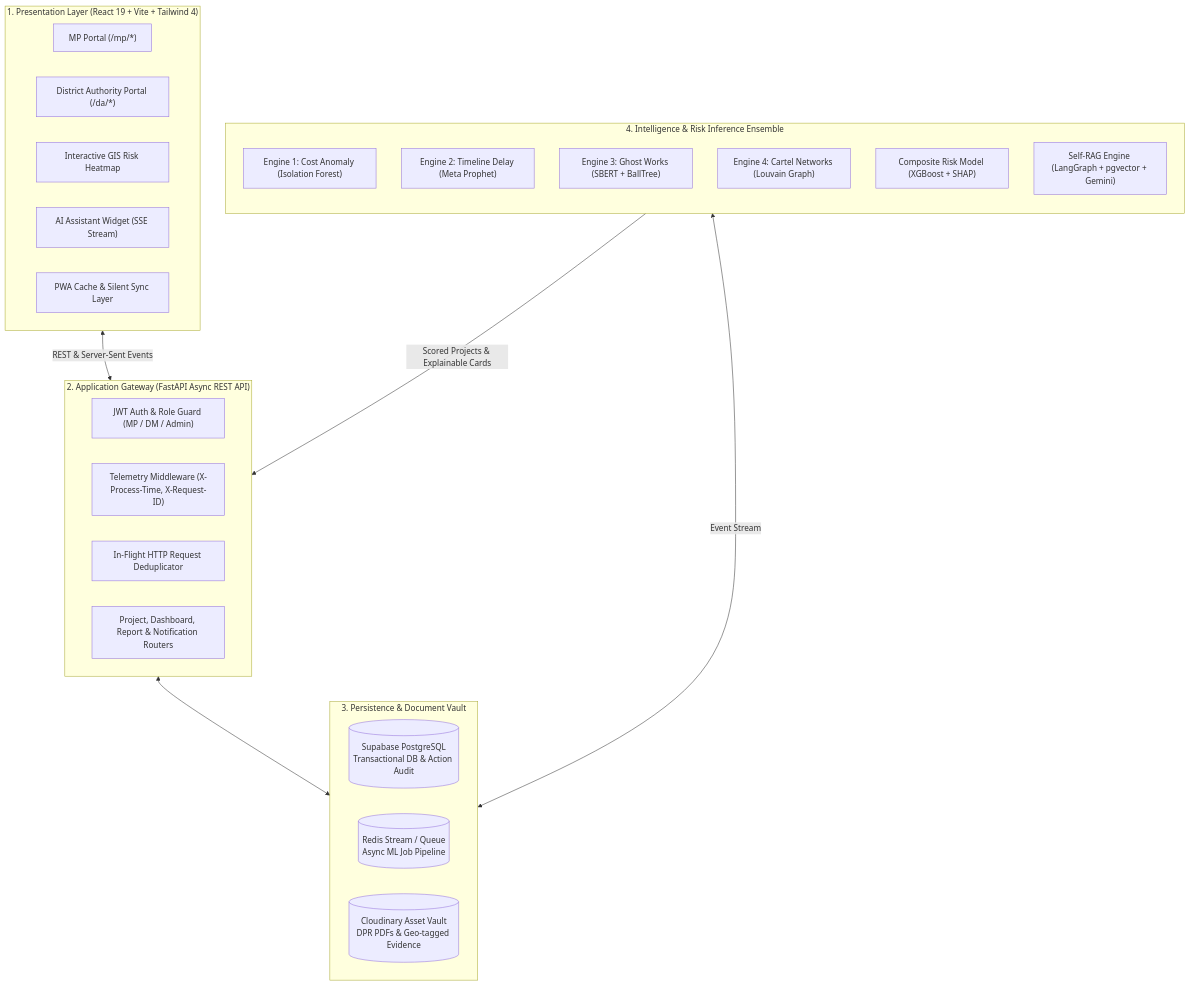
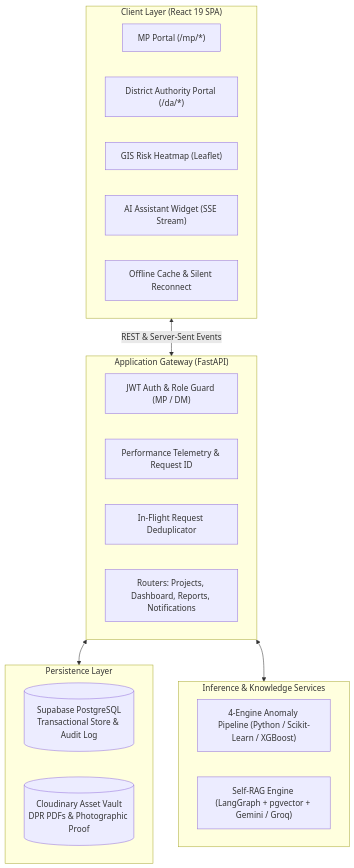
One commit to EvilLucifer00/MPLAD-Risk-Monitor changed the second of 7 diagrams in README.md. Above: the diagram before and after it, drawn with Mermaid. The commit also changed other lines of this file, not shown here.

````diff
--- a/README.md
+++ b/README.md
@@ -122,38 +110,31 @@
 ```mermaid
 flowchart TB
-    subgraph Client ["1. Presentation Layer (React 19 + Vite + Tailwind 4)"]
-        MP_UI["MP Portal (/mp/*)"]
-        DA_UI["District Authority Portal (/da/*)"]
-        Map_UI["Interactive GIS Risk Heatmap"]
-        RAG_UI["AI Assistant Widget (SSE Stream)"]
-        Offline["PWA Cache & Silent Sync Layer"]
+    subgraph Client ["Client Layer (React 19 SPA)"]
+        MP_Portal["MP Portal (/mp/*)"]
+        DA_Portal["District Authority Portal (/da/*)"]
+        GIS_Map["GIS Risk Heatmap (Leaflet)"]
+        RAG_Widget["AI Assistant Widget (SSE Stream)"]
+        PWA_Layer["Offline Cache & Silent Reconnect"]
     end
 
-    subgraph BackendGateway ["2. Application Gateway (FastAPI Async REST API)"]
-        AuthMid["JWT Auth & Role Guard (MP / DM / Admin)"]
-        PerfMid["Telemetry Middleware (X-Process-Time, X-Request-ID)"]
-        Dedup["In-Flight HTTP Request Deduplicator"]
-        Routers["Project, Dashboard, Report & Notification Routers"]
+    subgraph API_Gateway ["Application Gateway (FastAPI)"]
+        AuthGuard["JWT Auth & Role Guard (MP / DM)"]
+        Telemetry["Performance Telemetry & Request ID"]
+        DedupLayer["In-Flight Request Deduplicator"]
+        Controllers["Routers: Projects, Dashboard, Reports, Notifications"]
     end
 
-    subgraph Persistence ["3. Persistence & Document Vault"]
-        Postgres[("Supabase PostgreSQL<br/>Transactional DB & Action Audit")]
-        RedisQueue[("Redis Stream / Queue<br/>Async ML Job Pipeline")]
-        CloudinaryVault[("Cloudinary Asset Vault<br/>DPR PDFs & Geo-tagged Evidence")]
+    subgraph Persistence ["Persistence Layer"]
+        DB[("Supabase PostgreSQL<br/>Transactional Store & Audit Log")]
+        Cloudinary[("Cloudinary Asset Vault<br/>DPR PDFs & Photographic Proof")]
     end
 
-    subgraph AI_Ensemble ["4. Intelligence & Risk Inference Ensemble"]
-        direction TB
-        E1["Engine 1: Cost Anomaly (Isolation Forest)"]
-        E2["Engine 2: Timeline Delay (Meta Prophet)"]
-        E3["Engine 3: Ghost Works (SBERT + BallTree)"]
-        E4["Engine 4: Cartel Networks (Louvain Graph)"]
-        Composite["Composite Risk Model (XGBoost + SHAP)"]
-        SelfRAG["Self-RAG Engine (LangGraph + pgvector + Gemini)"]
+    subgraph Intelligence ["Inference & Knowledge Services"]
+        ML_Pipelines["4-Engine Anomaly Pipeline (Python / Scikit-Learn / XGBoost)"]
+        SelfRAG_Engine["Self-RAG Engine (LangGraph + pgvector + Gemini / Groq)"]
     end
 
-    Client <-->|REST & Server-Sent Events| BackendGateway
-    BackendGateway <--> Persistence
-    Persistence <-->|Event Stream| AI_Ensemble
-    AI_Ensemble -->|Scored Projects & Explainable Cards| BackendGateway
+    Client <-->|REST & Server-Sent Events| API_Gateway
+    API_Gateway <--> Persistence
+    API_Gateway <--> Intelligence
 ```
````
